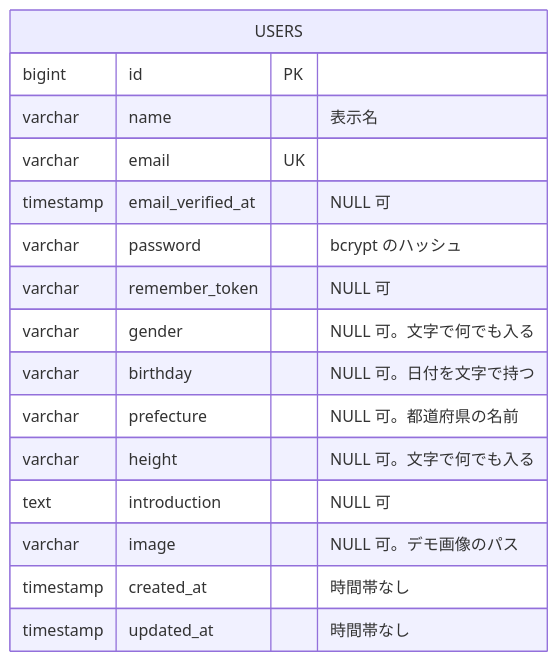
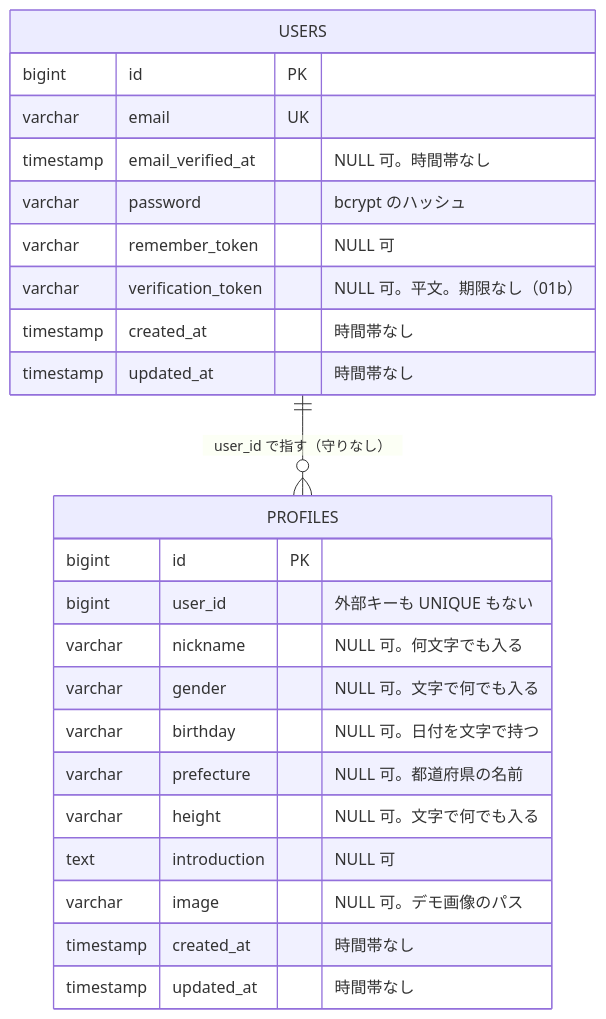
Before and after one commit to masa-devx/matching-db-study: the diagram in docs/data-model.md, drawn with Mermaid. The commit also changed other lines of this file and 1 other file, not shown here.

First line of the commit message:
素朴な版も users と profiles に分けることにする（D-015）

````diff
--- a/docs/data-model.md
+++ b/docs/data-model.md
@@ -11,19 +15,27 @@
 ```mermaid
 erDiagram
+  USERS ||--o{ PROFILES : "user_id で指す（守りなし）"
   USERS {
     bigint id PK
-    varchar name "表示名"
     varchar email UK
-    timestamp email_verified_at "NULL 可"
+    timestamp email_verified_at "NULL 可。時間帯なし"
     varchar password "bcrypt のハッシュ"
     varchar remember_token "NULL 可"
+    varchar verification_token "NULL 可。平文。期限なし（01b）"
+    timestamp created_at "時間帯なし"
+    timestamp updated_at "時間帯なし"
+  }
+  PROFILES {
+    bigint id PK
+    bigint user_id "外部キーも UNIQUE もない"
+    varchar nickname "NULL 可。何文字でも入る"
     varchar gender "NULL 可。文字で何でも入る"
     varchar birthday "NULL 可。日付を文字で持つ"
     varchar prefecture "NULL 可。都道府県の名前"
     varchar height "NULL 可。文字で何でも入る"
     text introduction "NULL 可"
     varchar image "NULL 可。デモ画像のパス"
     timestamp created_at "時間帯なし"
     timestamp updated_at "時間帯なし"
   }
 ```
````
